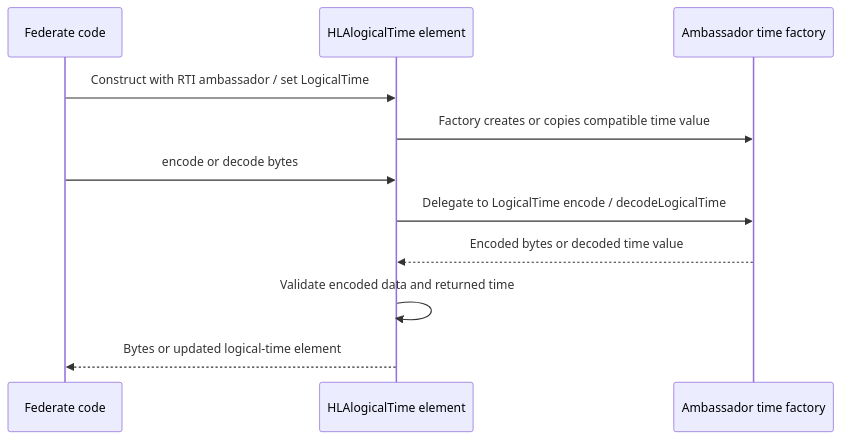
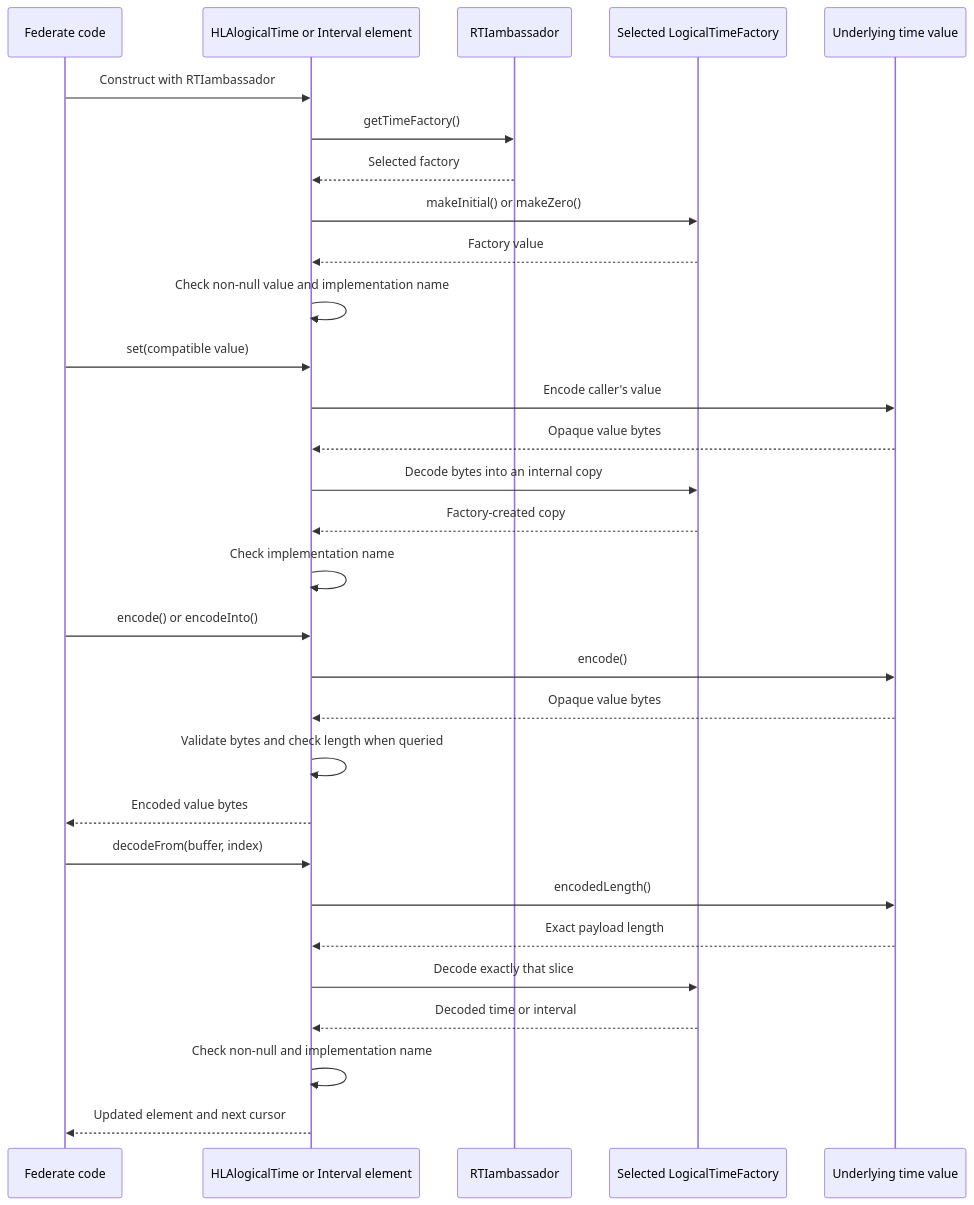
One commit to sheepfling/umbra changed the seventh of 8 diagrams in docs/design/HLA-2025-DATA-ELEMENT-ENCODING-FLOW-GUIDE.md. Above: the diagram before and after it, drawn with Mermaid. The commit also changed other lines of this file and 668 other files, not shown here.

````diff
--- a/docs/design/HLA-2025-DATA-ELEMENT-ENCODING-FLOW-GUIDE.md
+++ b/docs/design/HLA-2025-DATA-ELEMENT-ENCODING-FLOW-GUIDE.md
@@ -318,13 +433,32 @@
 ```mermaid
 sequenceDiagram
   participant App as Federate code
-  participant E as HLAlogicalTime element
-  participant F as Ambassador time factory
-  App->>E: Construct with RTI ambassador / set LogicalTime
-  E->>F: Factory creates or copies compatible time value
-  App->>E: encode or decode bytes
-  E->>F: Delegate to LogicalTime encode / decodeLogicalTime
-  F-->>E: Encoded bytes or decoded time value
-  E->>E: Validate encoded data and returned time
-  E-->>App: Bytes or updated logical-time element
+  participant E as HLAlogicalTime or Interval element
+  participant A as RTIambassador
+  participant F as Selected LogicalTimeFactory
+  participant V as Underlying time value
+  App->>E: Construct with RTIambassador
+  E->>A: getTimeFactory()
+  A-->>E: Selected factory
+  E->>F: makeInitial() or makeZero()
+  F-->>E: Factory value
+  E->>E: Check non-null value and implementation name
+  App->>E: set(compatible value)
+  E->>V: Encode caller's value
+  V-->>E: Opaque value bytes
+  E->>F: Decode bytes into an internal copy
+  F-->>E: Factory-created copy
+  E->>E: Check implementation name
+  App->>E: encode() or encodeInto()
+  E->>V: encode()
+  V-->>E: Opaque value bytes
+  E->>E: Validate bytes and check length when queried
+  E-->>App: Encoded value bytes
+  App->>E: decodeFrom(buffer, index)
+  E->>V: encodedLength()
+  V-->>E: Exact payload length
+  E->>F: Decode exactly that slice
+  F-->>E: Decoded time or interval
+  E->>E: Check non-null and implementation name
+  E-->>App: Updated element and next cursor
 ```
````
